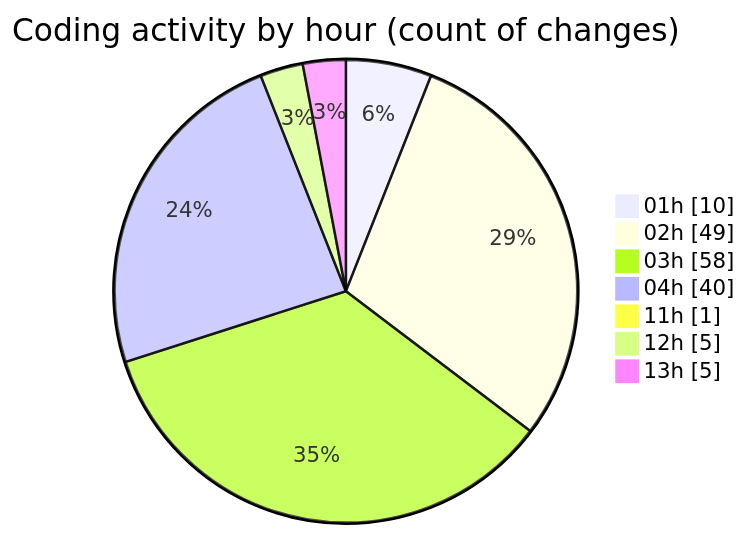
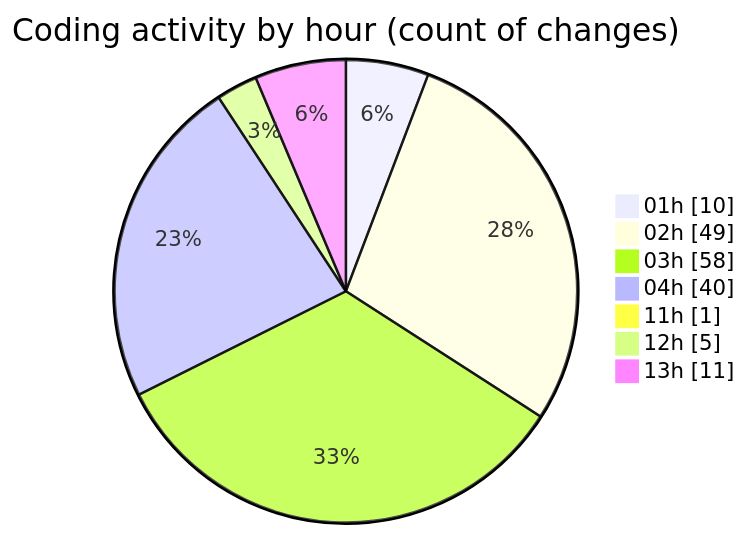
The second of 2 diagrams in 2025-11-21/eventscop-frontend-guide__workspace_/README.md (julien-gomy/code-tracking), drawn with Mermaid before and after one commit. The commit also changed other lines of this file and 1 other file, not shown here.

````diff
--- a/2025-11-21/eventscop-frontend-guide__workspace_/README.md
+++ b/2025-11-21/eventscop-frontend-guide__workspace_/README.md
@@ -72,11 +72,11 @@
 ```mermaid
 pie showData
 title Coding activity by hour (count of changes)
 "01h" : 10
 "02h" : 49
 "03h" : 58
 "04h" : 40
 "11h" : 1
 "12h" : 5
-"13h" : 5
+"13h" : 11
 ```
````
